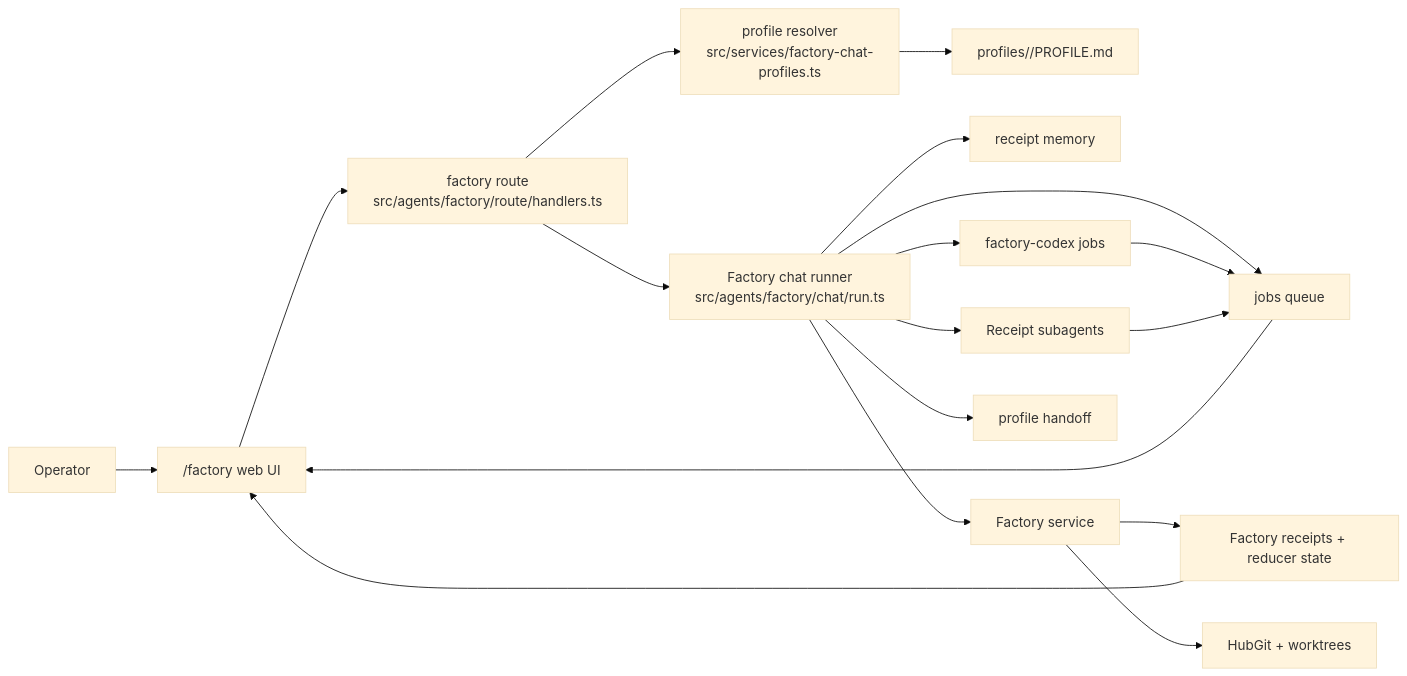
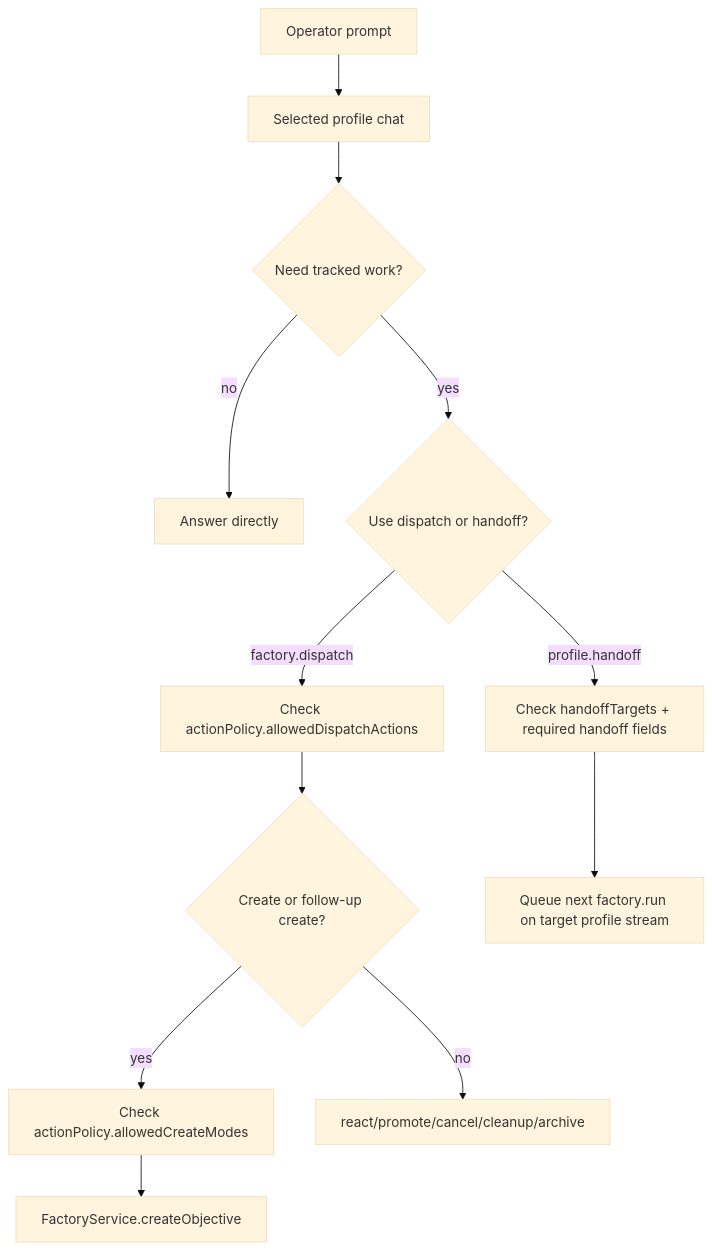
Before and after one commit to skishore23/receipt: the third of 4 diagrams in docs/factory-profile-orchestration.md, drawn with Mermaid (base theme). The commit also changed other lines of this file and 148 other files, not shown here.

Commit message:
checkpoint repo state before factory spam cleanup

````diff
--- a/docs/factory-profile-orchestration.md
+++ b/docs/factory-profile-orchestration.md
@@ -69,22 +305,14 @@
 ```mermaid
-flowchart LR
-  Operator["Operator"] --> UI["/factory web UI"]
-  UI --> Route["factory route\nsrc/agents/factory/route/handlers.ts"]
-  Route --> Resolver["profile resolver\nsrc/services/factory-chat-profiles.ts"]
-  Resolver --> Profiles["profiles/<id>/PROFILE.md"]
-  Route --> Agent["Factory chat runner\nsrc/agents/factory/chat/run.ts"]
-
-  Agent --> Memory["receipt memory"]
-  Agent --> Queue["jobs queue"]
-  Agent --> Factory["Factory service"]
-  Agent --> Codex["factory-codex jobs"]
-  Agent --> Subagents["Receipt subagents"]
-  Agent --> Handoff["profile handoff"]
-
-  Factory --> Receipts["Factory receipts + reducer state"]
-  Factory --> Git["HubGit + worktrees"]
-  Codex --> Queue
-  Subagents --> Queue
-  Queue --> UI
-  Receipts --> UI
+flowchart TD
+  Prompt["Operator prompt"] --> Chat["Selected profile chat"]
+  Chat --> NeedWork{"Need tracked work?"}
+  NeedWork -- no --> Answer["Answer directly"]
+  NeedWork -- yes --> Path{"Use dispatch or handoff?"}
+  Path -- "factory.dispatch" --> ActionCheck["Check actionPolicy.allowedDispatchActions"]
+  ActionCheck --> CreateQ{"Create or follow-up create?"}
+  CreateQ -- yes --> ModeCheck["Check actionPolicy.allowedCreateModes"]
+  ModeCheck --> Objective["FactoryService.createObjective"]
+  CreateQ -- no --> Mutate["react/promote/cancel/cleanup/archive"]
+  Path -- "profile.handoff" --> HandoffCheck["Check handoffTargets + required handoff fields"]
+  HandoffCheck --> Queue["Queue next factory.run on target profile stream"]
 ```
````
